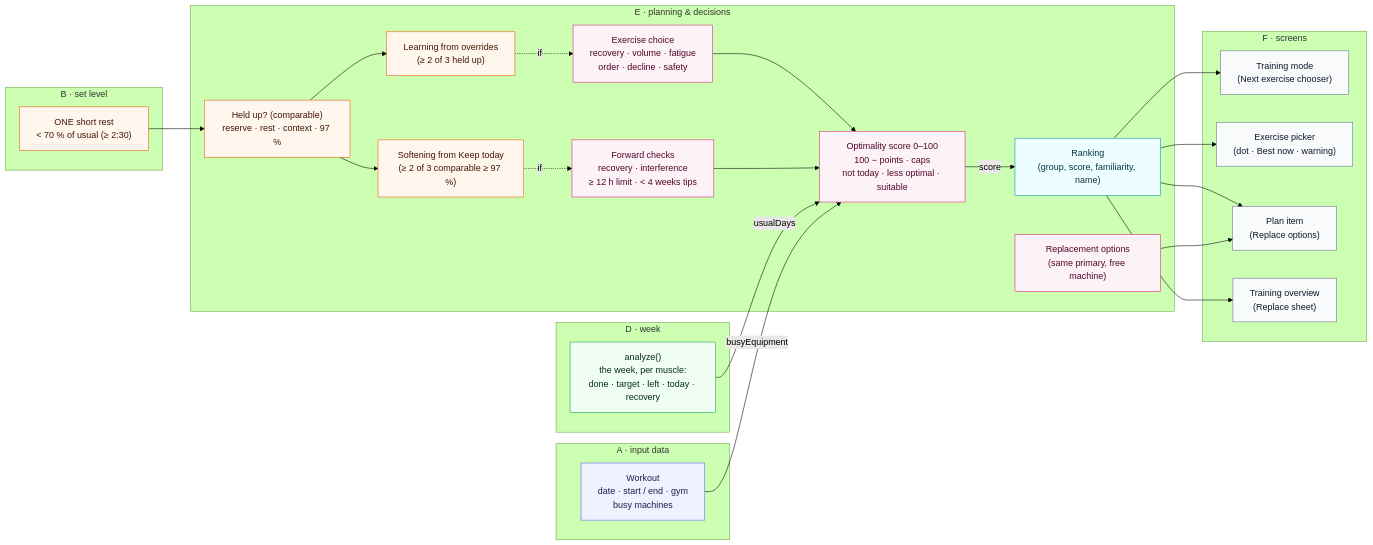
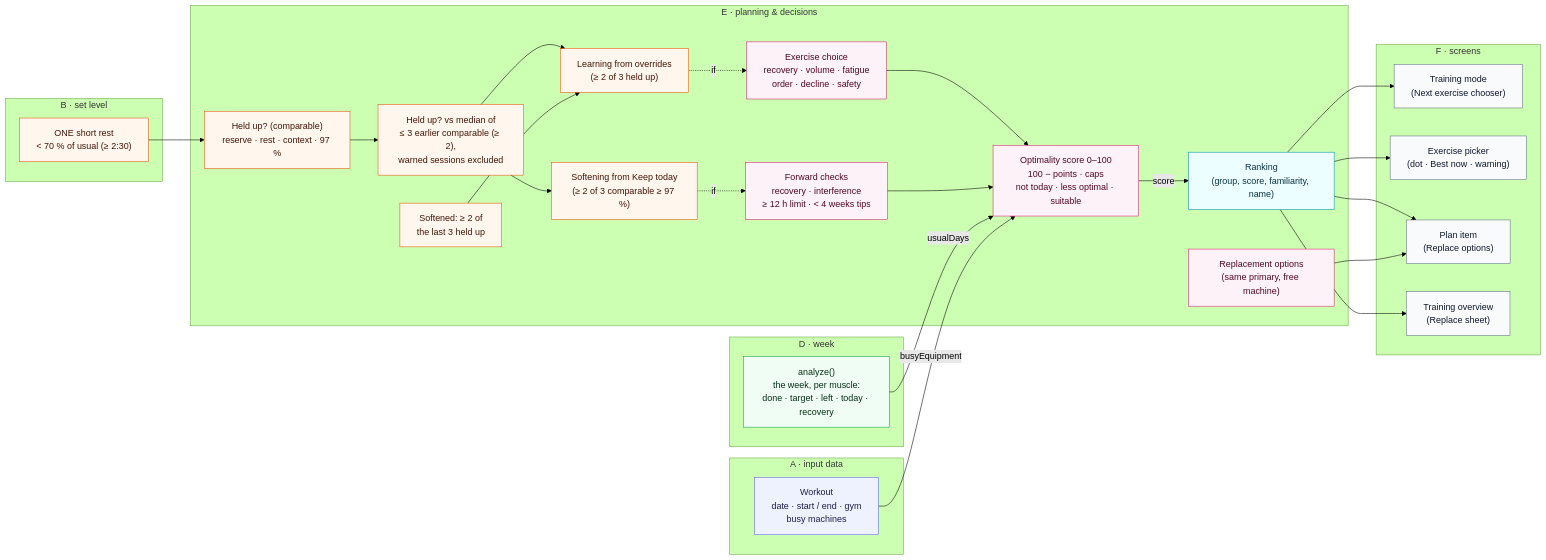
One commit to seniashinmaksim/gym-rat changed the eighth of 8 diagrams in docs/FORMULA_DEPENDENCY_MAP.md. Above: the diagram before and after it, drawn with Mermaid (forest theme). The commit also changed other lines of this file and 18 other files, not shown here.

First line of the commit message:
Owner's recommendations: one 'held up' baseline (median of 3), raw open sets + one display rounding, one-set exercises tested; map updated

````diff
--- a/docs/FORMULA_DEPENDENCY_MAP.md
+++ b/docs/FORMULA_DEPENDENCY_MAP.md
@@ -580,49 +590,53 @@
 ```mermaid
 flowchart LR
   subgraph A["A · input data"]
     in_workout["Workout<br/>date · start / end · gym<br/>busy machines"]:::input
   end
   subgraph B["B · set level"]
     shortrest["ONE short rest<br/>< 70 % of usual (≥ 2:30)"]:::rule
   end
   subgraph D["D · week"]
     analyze["analyze()<br/>the week, per muscle:<br/>done · target · left · today · recovery"]:::aggregation
   end
   subgraph E["E · planning & decisions"]
     choice["Exercise choice<br/>recovery · volume · fatigue<br/>order · decline · safety"]:::decision
     optimality["Optimality score 0–100<br/>100 − points · caps<br/>not today · less optimal · suitable"]:::decision
     forward["Forward checks<br/>recovery · interference<br/>≥ 12 h limit · < 4 weeks tips"]:::decision
     choicelearn["Learning from overrides<br/>(≥ 2 of 3 held up)"]:::rule
     heldup["Held up? (comparable)<br/>reserve · rest · context · 97 %"]:::rule
+    outcomeat["Held up? vs median of<br/>≤ 3 earlier comparable (≥ 2),<br/>warned sessions excluded"]:::rule
     kept["Softening from Keep today<br/>(≥ 2 of 3 comparable ≥ 97 %)"]:::rule
+    softened["Softened: ≥ 2 of<br/>the last 3 held up"]:::rule
     rank["Ranking<br/>(group, score, familiarity, name)"]:::formula
     replace["Replacement options<br/>(same primary, free machine)"]:::decision
   end
   subgraph F["F · screens"]
     ui_train["Training mode<br/>(Next exercise chooser)"]:::ui
     ui_picker["Exercise picker<br/>(dot · Best now · warning)"]:::ui
     ui_itemrow["Plan item<br/>(Replace options)"]:::ui
     ui_overview["Training overview<br/>(Replace sheet)"]:::ui
   end
   choice --> optimality
   forward --> optimality
   analyze -->|usualDays| optimality
   in_workout -->|busyEquipment| optimality
   choicelearn -.->|if| choice
-  heldup --> choicelearn
-  heldup --> kept
+  heldup --> outcomeat
+  outcomeat --> choicelearn
+  outcomeat --> kept
+  softened --> choicelearn
   shortrest --> heldup
   kept -.->|if| forward
   optimality -->|score| rank
   rank --> ui_train
   rank --> ui_picker
   rank --> ui_itemrow
   rank --> ui_overview
   replace --> ui_itemrow
   classDef input fill:#eef2ff,stroke:#6366f1,color:#1e1b4b
   classDef formula fill:#ecfeff,stroke:#0891b2,color:#083344
   classDef rule fill:#fff7ed,stroke:#ea580c,color:#431407
   classDef aggregation fill:#f0fdf4,stroke:#16a34a,color:#052e16
   classDef decision fill:#fdf2f8,stroke:#db2777,color:#500724
   classDef ui fill:#f8fafc,stroke:#64748b,color:#0f172a
 ```
````
